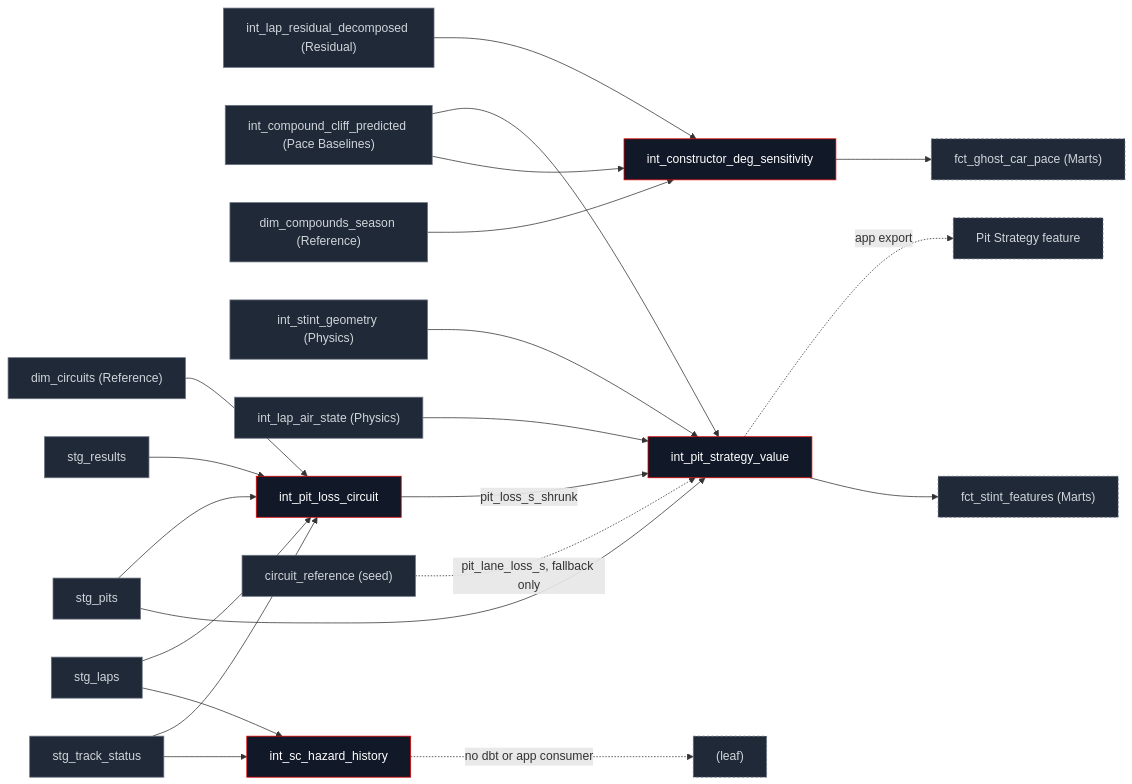
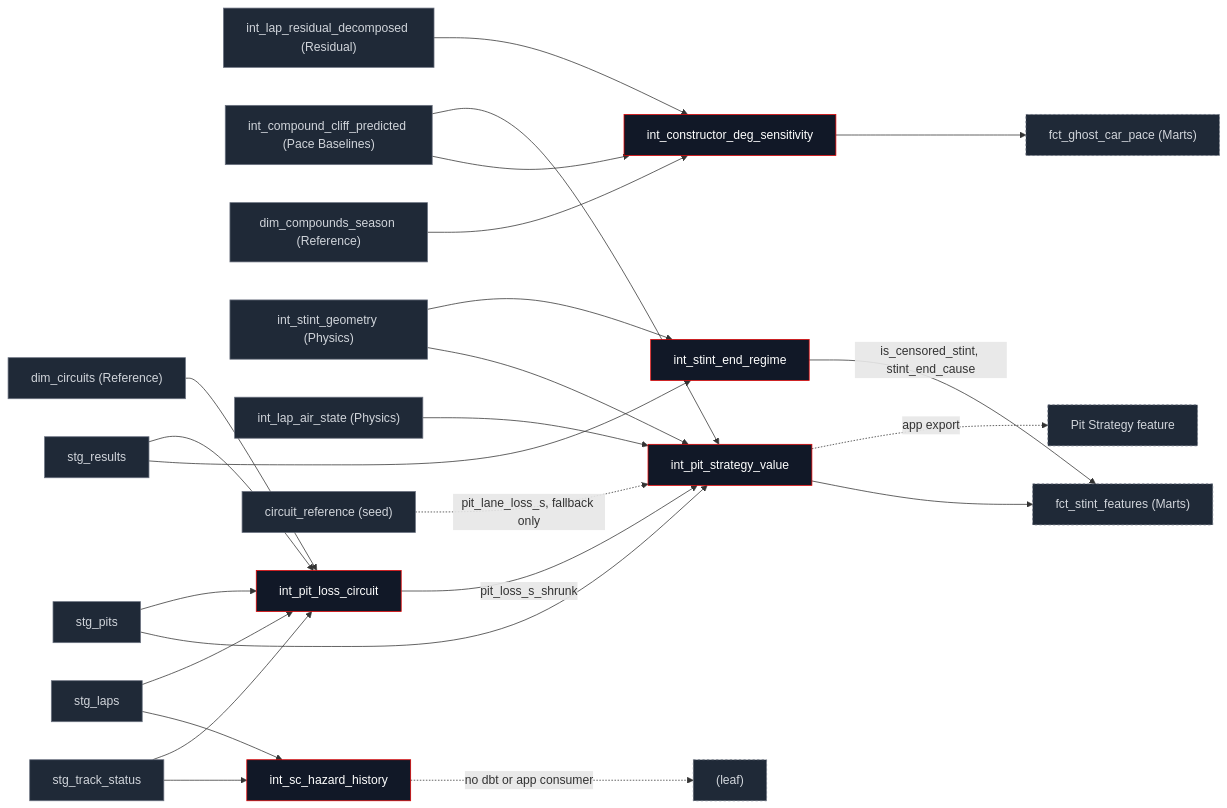
One commit to JustinClarke/off-the-pace changed the diagram in docs/transform/families/strategy.mdx. Above: the diagram before and after it, drawn with Mermaid. The commit also changed other lines of this file and 91 other files, not shown here.

Commit message:
Add SQL test for stint_end_cause partitioning logic

````diff
--- a/docs/transform/families/strategy.mdx
+++ b/docs/transform/families/strategy.mdx
@@ -15,34 +15,38 @@
 ```mermaid
 flowchart LR
     int_lap_residual_decomposed["int_lap_residual_decomposed (Residual)"] --> int_constructor_deg_sensitivity
     int_compound_cliff_predicted["int_compound_cliff_predicted (Pace Baselines)"] --> int_constructor_deg_sensitivity
     dim_compounds_season["dim_compounds_season (Reference)"] --> int_constructor_deg_sensitivity
 
     int_stint_geometry["int_stint_geometry (Physics)"] --> int_pit_strategy_value
     int_compound_cliff_predicted --> int_pit_strategy_value
     stg_pits --> int_pit_strategy_value
     int_lap_air_state["int_lap_air_state (Physics)"] --> int_pit_strategy_value
     int_pit_loss_circuit -->|pit_loss_s_shrunk| int_pit_strategy_value
     circuit_reference["circuit_reference (seed)"] -.->|pit_lane_loss_s, fallback only| int_pit_strategy_value
 
     stg_track_status --> int_sc_hazard_history
     stg_laps --> int_sc_hazard_history
 
+    int_stint_geometry --> int_stint_end_regime
+    stg_results --> int_stint_end_regime
+
     stg_track_status --> int_pit_loss_circuit
     stg_results --> int_pit_loss_circuit
     stg_laps --> int_pit_loss_circuit
     stg_pits --> int_pit_loss_circuit
     dim_circuits["dim_circuits (Reference)"] --> int_pit_loss_circuit
 
     int_constructor_deg_sensitivity --> fct_ghost_car_pace["fct_ghost_car_pace (Marts)"]
     int_pit_strategy_value --> fct_stint_features["fct_stint_features (Marts)"]
+    int_stint_end_regime -->|is_censored_stint, stint_end_cause| fct_stint_features
     int_pit_strategy_value -.->|app export| AppExport["Pit Strategy feature"]
     int_sc_hazard_history -.->|no dbt or app consumer| Nothing["(leaf)"]
 
     classDef strat fill:#111827,stroke:#e40404,color:#fff;
     classDef src fill:#1f2937,stroke:#6b7280,color:#d1d5db;
     classDef downstream fill:#1f2937,stroke:#6b7280,color:#d1d5db,stroke-dasharray: 3 3;
-    class int_constructor_deg_sensitivity,int_pit_strategy_value,int_sc_hazard_history,int_pit_loss_circuit strat;
+    class int_constructor_deg_sensitivity,int_pit_strategy_value,int_sc_hazard_history,int_pit_loss_circuit,int_stint_end_regime strat;
     class int_lap_residual_decomposed,int_compound_cliff_predicted,dim_compounds_season,int_stint_geometry,int_lap_air_state,stg_pits,stg_track_status,stg_laps,stg_results,circuit_reference,dim_circuits src;
     class fct_ghost_car_pace,fct_stint_features,AppExport,Nothing downstream;
 ```
````
